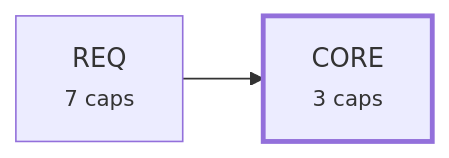
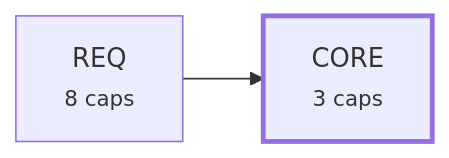
The third of 4 diagrams in plugin/requirements/_map.md (alxmax/Requirement-manager), drawn with Mermaid before and after one commit. The commit also changed other lines of this file and 19 other files, not shown here.

````diff
--- a/plugin/requirements/_map.md
+++ b/plugin/requirements/_map.md
@@ -96,7 +102,7 @@
 ```mermaid
 graph LR
   a_CORE["CORE<br><small>3 caps</small>"]
-  a_REQ["REQ<br><small>7 caps</small>"]
+  a_REQ["REQ<br><small>8 caps</small>"]
   a_REQ --> a_CORE
   style a_CORE stroke-width:3px
 ```
````
